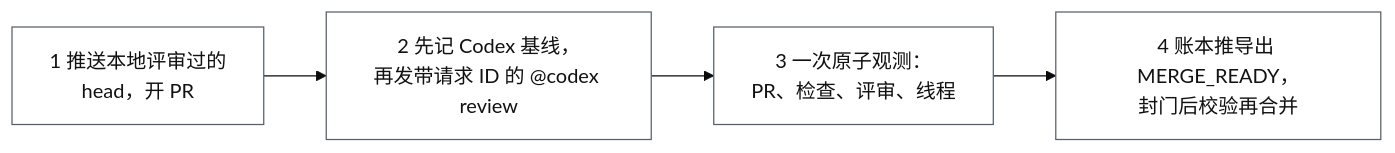
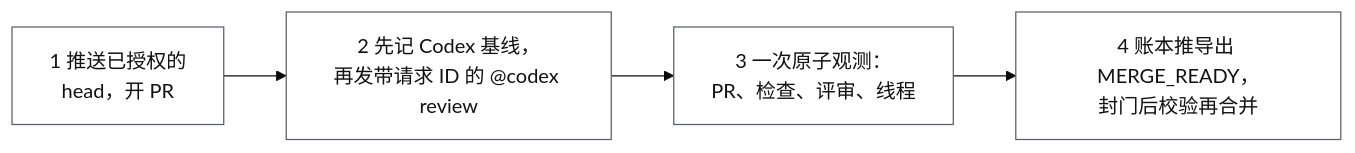
One commit to fengjiachun/review-bridge changed the fourth of 4 diagrams in docs/overview.zh.md. Above: the diagram before and after it, drawn with Mermaid (base theme). The commit also changed other lines of this file and 1 other file, not shown here.

````diff
--- a/docs/overview.zh.md
+++ b/docs/overview.zh.md
@@ -155,8 +155,8 @@
 ```mermaid
 flowchart LR
-  A["1 推送本地评审过的<br/>head，开 PR"] --> B["2 先记 Codex 基线，<br/>再发带请求 ID 的 @codex review"]
+  A["1 推送已授权的<br/>head，开 PR"] --> B["2 先记 Codex 基线，<br/>再发带请求 ID 的 @codex review"]
   B --> C["3 一次原子观测：<br/>PR、检查、评审、线程"]
   C --> D["4 账本推导出 MERGE_READY，<br/>封门后校验再合并"]
   classDef n fill:#ffffff,stroke:#57606a,stroke-width:1px,color:#111111;
   class A,B,C,D n;
 ```
````
